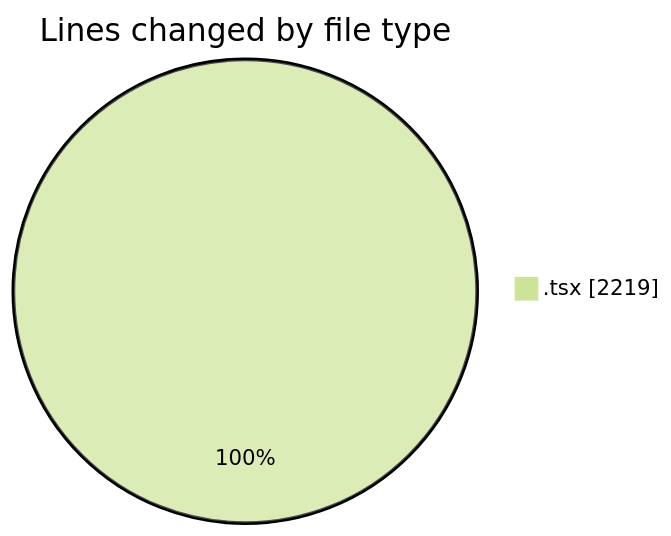
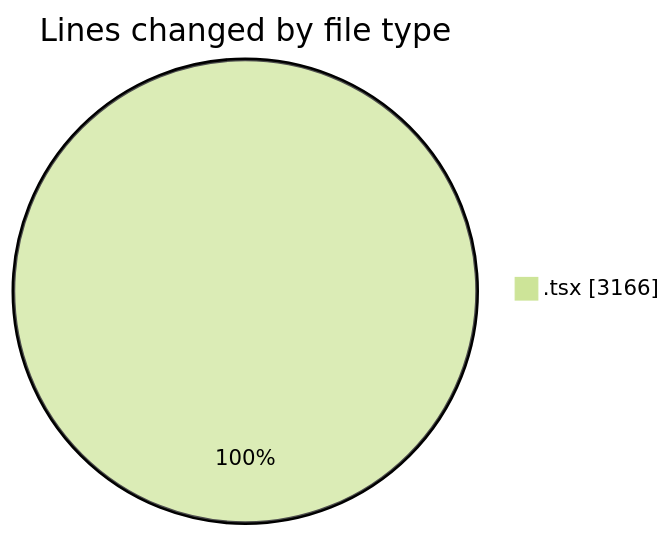
The first of 2 diagrams in 2026-06-07/nxtqube_webapp/README.md (nxtqubesakshisongat/code-tracking), drawn with Mermaid (forest theme) before and after one commit. The commit also changed other lines of this file and 1 other file, not shown here.

````diff
--- a/2026-06-07/nxtqube_webapp/README.md
+++ b/2026-06-07/nxtqube_webapp/README.md
@@ -24,5 +25,5 @@
 ```mermaid
 pie showData
 title Lines changed by file type
-".tsx" : 2219
+".tsx" : 3166
 ```
````
